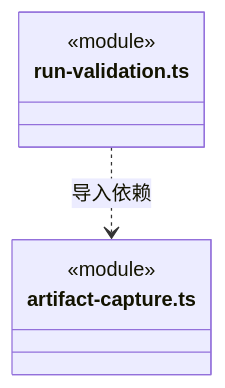
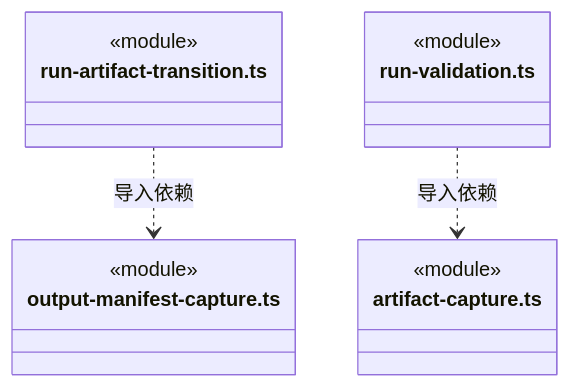
Diagram 18 of 18 in src/backend/core/execution/capabilities/ARCHITECTURE.md (nan023062/cbim), drawn with Mermaid before and after one commit. The commit also changed other lines of this file and 130 other files, not shown here.

````diff
--- a/src/backend/core/execution/capabilities/ARCHITECTURE.md
+++ b/src/backend/core/execution/capabilities/ARCHITECTURE.md
@@ -432,10 +477,17 @@
 ```mermaid
 classDiagram
+class N_src_backend_core_execution_capabilities_run_artifact_transition_ts["run-artifact-transition.ts"] {
+  <<module>>
+}
+class N_src_backend_core_execution_capabilities_output_manifest_capture_ts["output-manifest-capture.ts"] {
+  <<module>>
+}
 class N_src_backend_core_execution_capabilities_run_validation_ts["run-validation.ts"] {
   <<module>>
 }
 class N_src_backend_core_execution_capabilities_artifact_capture_ts["artifact-capture.ts"] {
   <<module>>
 }
+N_src_backend_core_execution_capabilities_run_artifact_transition_ts ..> N_src_backend_core_execution_capabilities_output_manifest_capture_ts : 导入依赖
 N_src_backend_core_execution_capabilities_run_validation_ts ..> N_src_backend_core_execution_capabilities_artifact_capture_ts : 导入依赖
 ```
````
